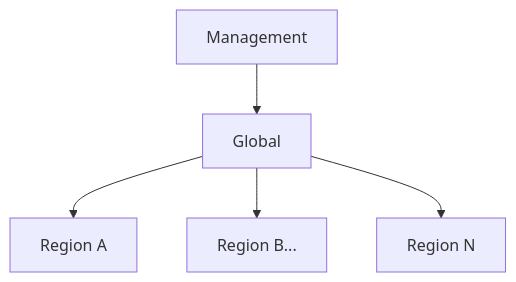
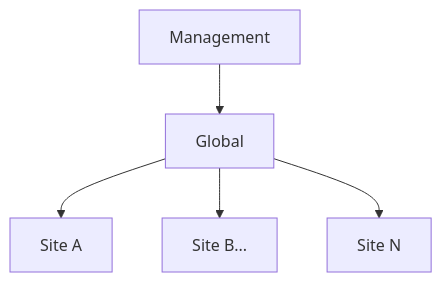
One commit to rackerlabs/understack changed the first of 2 diagrams in docs/deploy-guide/welcome.md. Above: the diagram before and after it, drawn with Mermaid. The commit also changed other lines of this file and 4 other files, not shown here.

````diff
--- a/docs/deploy-guide/welcome.md
+++ b/docs/deploy-guide/welcome.md
@@ -24,8 +24,8 @@
 ```mermaid
 flowchart TD
 
   A[Management] --> B[Global];
-  B[Global] --> C[Region A];
-  B[Global] --> D[Region B...];
-  B[Global] --> E[Region N];
+  B[Global] --> C[Site A];
+  B[Global] --> D[Site B...];
+  B[Global] --> E[Site N];
 ```
````
